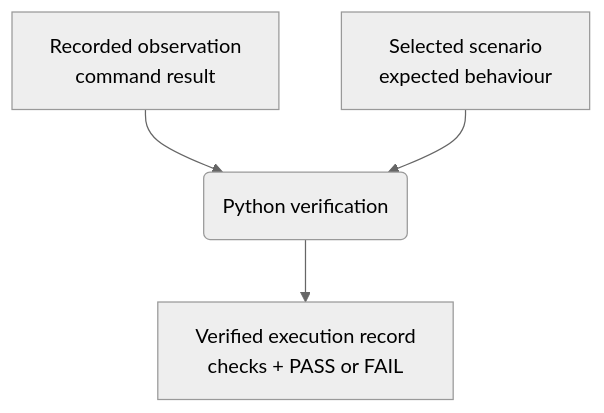
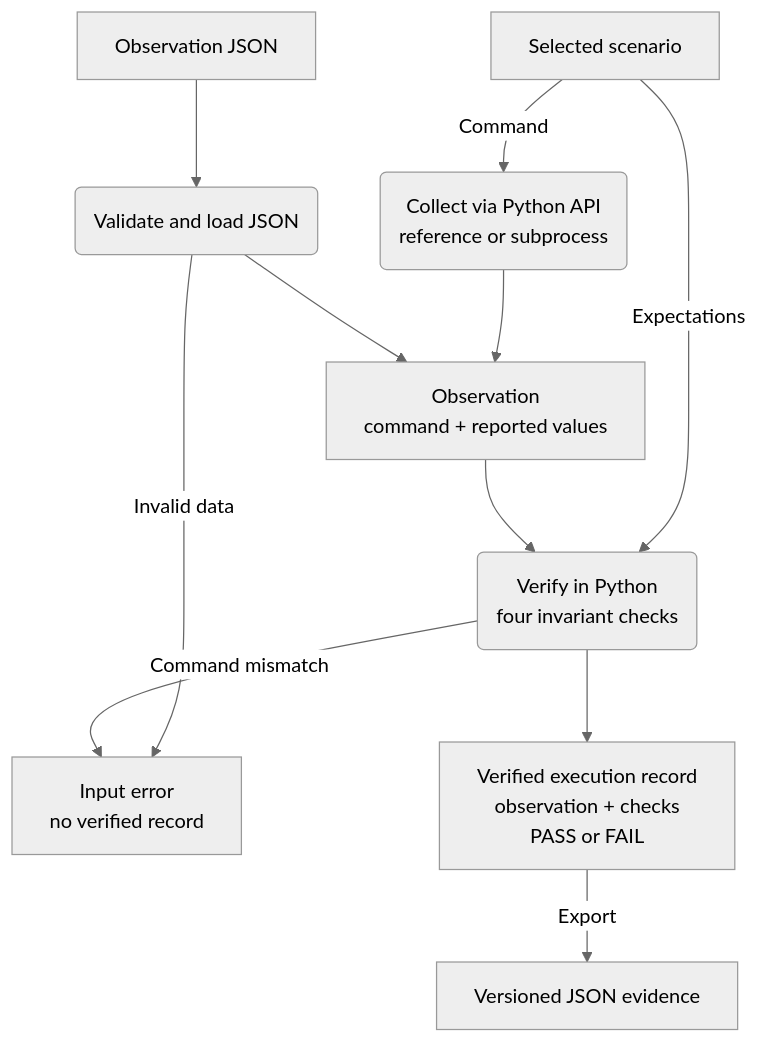
One commit to NikolayAir/OrbiRig changed the diagram in README.md. Above: the diagram before and after it, drawn with Mermaid (neutral theme). The commit also changed other lines of this file, not shown here.

First line of the commit message:
docs(readme): clarify verification and evidence workflows

````diff
--- a/README.md
+++ b/README.md
@@ -45,8 +45,15 @@
 ```mermaid
 flowchart TD
-    accTitle: Verifying a recorded command result
-    accDescr: A recorded observation and an explicitly selected scenario feed independent Python verification, producing a record with the observation, checks and PASS or FAIL outcome.
-    observation["Recorded observation<br/>command result"] --> verifier("Python verification")
-    scenario["Selected scenario<br/>expected behaviour"] --> verifier
-    verifier --> record["Verified execution record<br/>checks + PASS or FAIL"]
+    accTitle: From an observation to verified evidence
+    accDescr: Observation JSON is validated and loaded, or the Python API collects the result of a command supplied by the selected scenario. The observation and the scenario's separate expectations feed Python verification. Valid, compatible input produces a record with four checks and a PASS or FAIL outcome, which can be exported as versioned JSON. Invalid or incompatible input produces an error without a verified record.
+    saved["Observation JSON"] --> load("Validate and load JSON")
+    scenario["Selected scenario"] -->|Command| collect("Collect via Python API<br/>reference or subprocess")
+    collect --> observation
+    load --> observation["Observation<br/>command + reported values"]
+    scenario -->|Expectations| verifier("Verify in Python<br/>four invariant checks")
+    observation --> verifier
+    load -->|Invalid data| error["Input error<br/>no verified record"]
+    verifier -->|Command mismatch| error
+    verifier --> record["Verified execution record<br/>observation + checks<br/>PASS or FAIL"]
+    record -->|Export| evidence["Versioned JSON evidence"]
 ```
````
